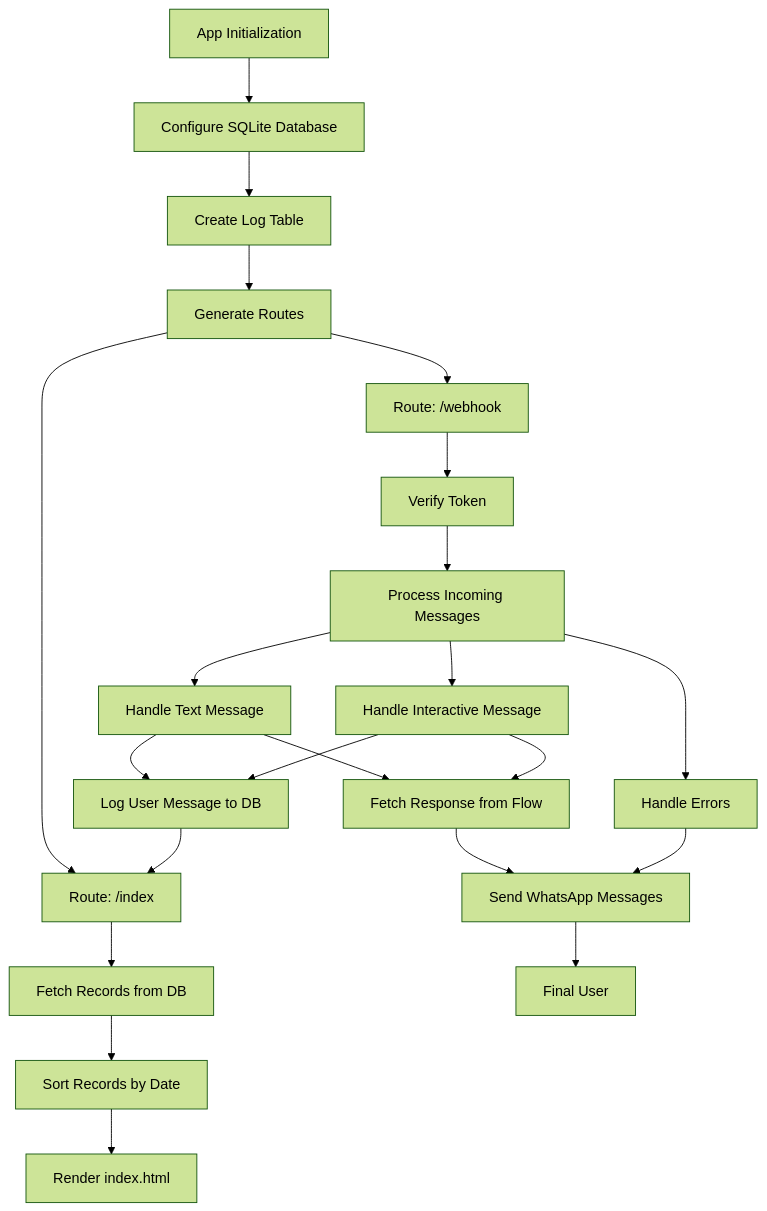
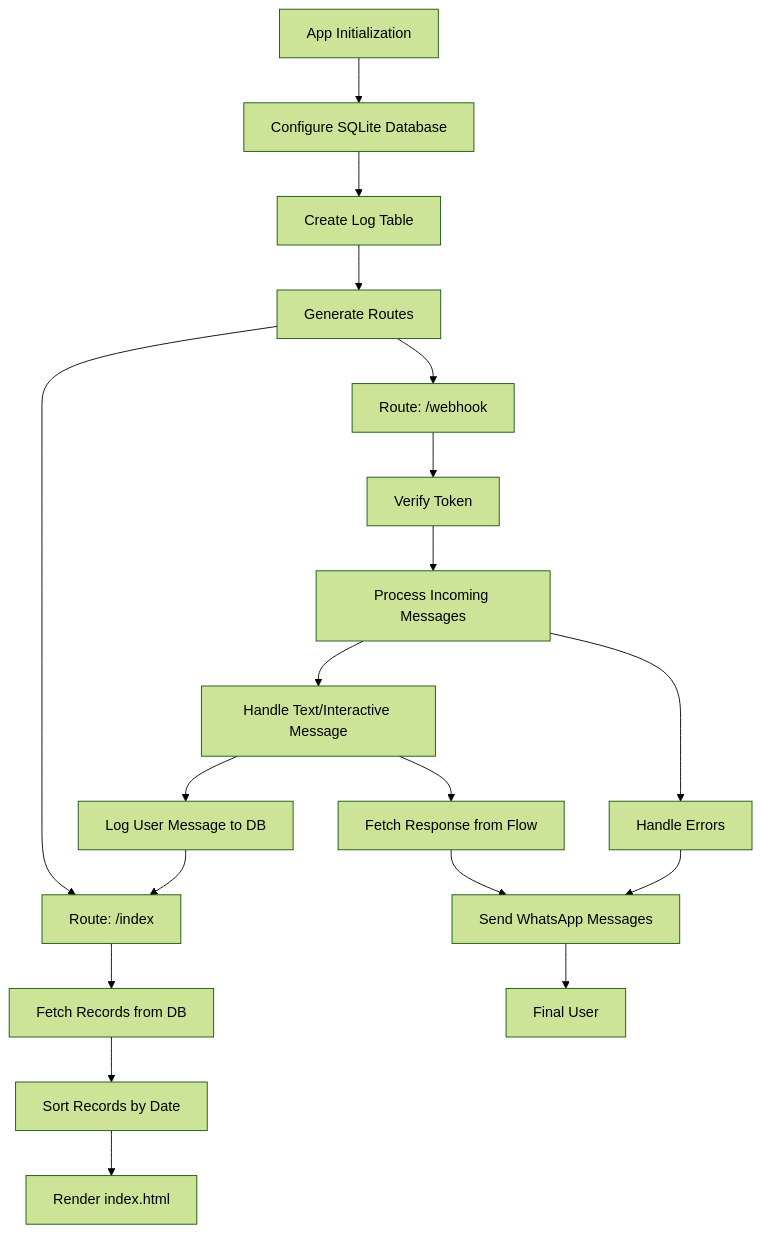
The first of 2 diagrams in README.md (m1guel17/m1guel17), drawn with Mermaid (forest theme) before and after one commit.

````diff
--- a/README.md
+++ b/README.md
@@ -31,43 +31,39 @@
 ```mermaid
 flowchart TD
   AppInit["App Initialization"]
   ConfigDB["Configure SQLite Database"]
   CreateTable["Create Log Table"]
   CreateRoutes["Generate Routes"]
   RouteIndex["Route: /index"]
   FetchRecords["Fetch Records from DB"]
   SortRecords["Sort Records by Date"]
   RenderIndex["Render index.html"]
   RouteWebhook["Route: /webhook"]
   VerifyToken["Verify Token"]
   ProcessMessages["Process Incoming Messages"]
-  HandleTextMessage["Handle Text Message"]
-  HandleInteractiveMessage["Handle Interactive Message"]
+  HandleTextMessage["Handle Text/Interactive Message"]
   LogMessage["Log User Message to DB"]
   SendMessage["Send WhatsApp Messages"]
   HandleErrors["Handle Errors"]
   FetchResponse["Fetch Response from Flow"]
   FinalUser["Final User"]
 
   AppInit --> ConfigDB
   ConfigDB --> CreateTable
   CreateTable --> CreateRoutes
   CreateRoutes --> RouteIndex
   CreateRoutes --> RouteWebhook
   RouteIndex --> FetchRecords
   FetchRecords --> SortRecords
   SortRecords --> RenderIndex
   RouteWebhook --> VerifyToken
   VerifyToken --> ProcessMessages
   ProcessMessages --> HandleTextMessage
-  ProcessMessages --> HandleInteractiveMessage
   HandleTextMessage --> LogMessage
-  HandleInteractiveMessage --> LogMessage
   HandleTextMessage --> FetchResponse
-  HandleInteractiveMessage --> FetchResponse
   LogMessage --> RouteIndex
   FetchResponse --> SendMessage
   ProcessMessages --> HandleErrors
   HandleErrors --> SendMessage
   SendMessage --> FinalUser
 ```
````
